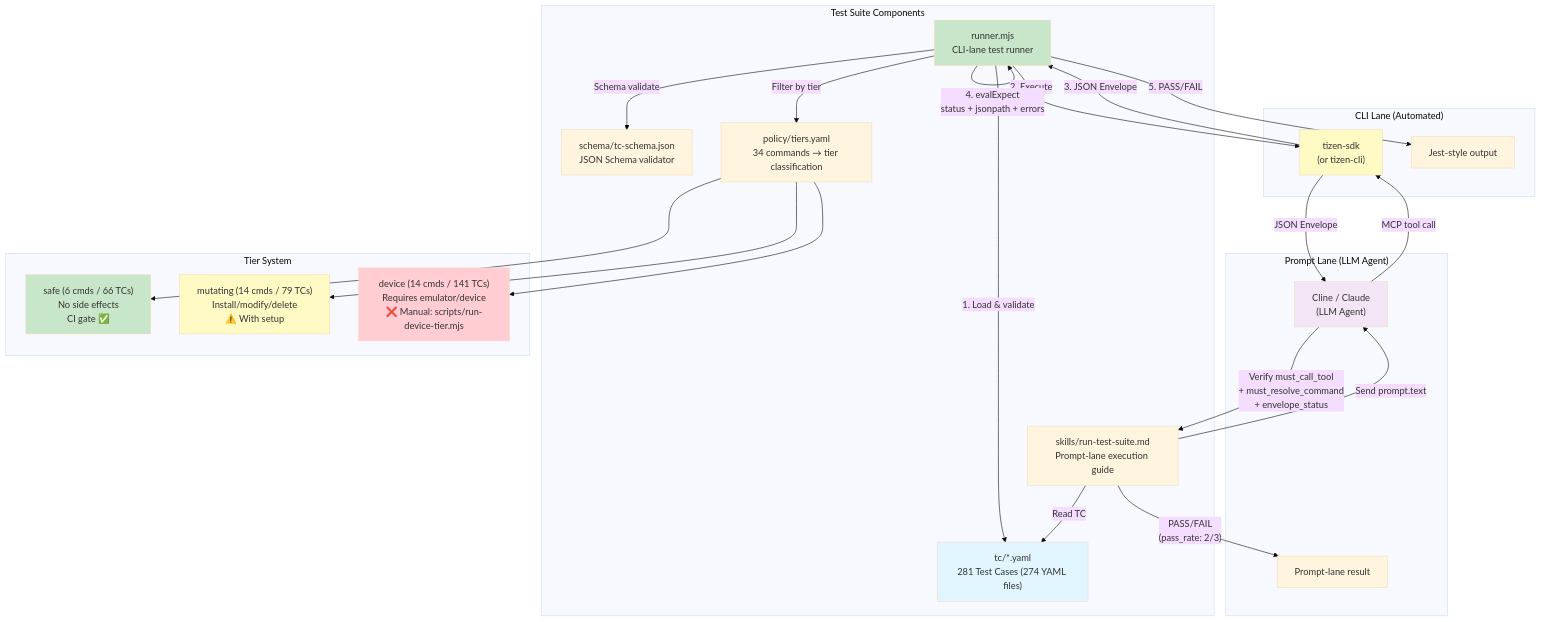
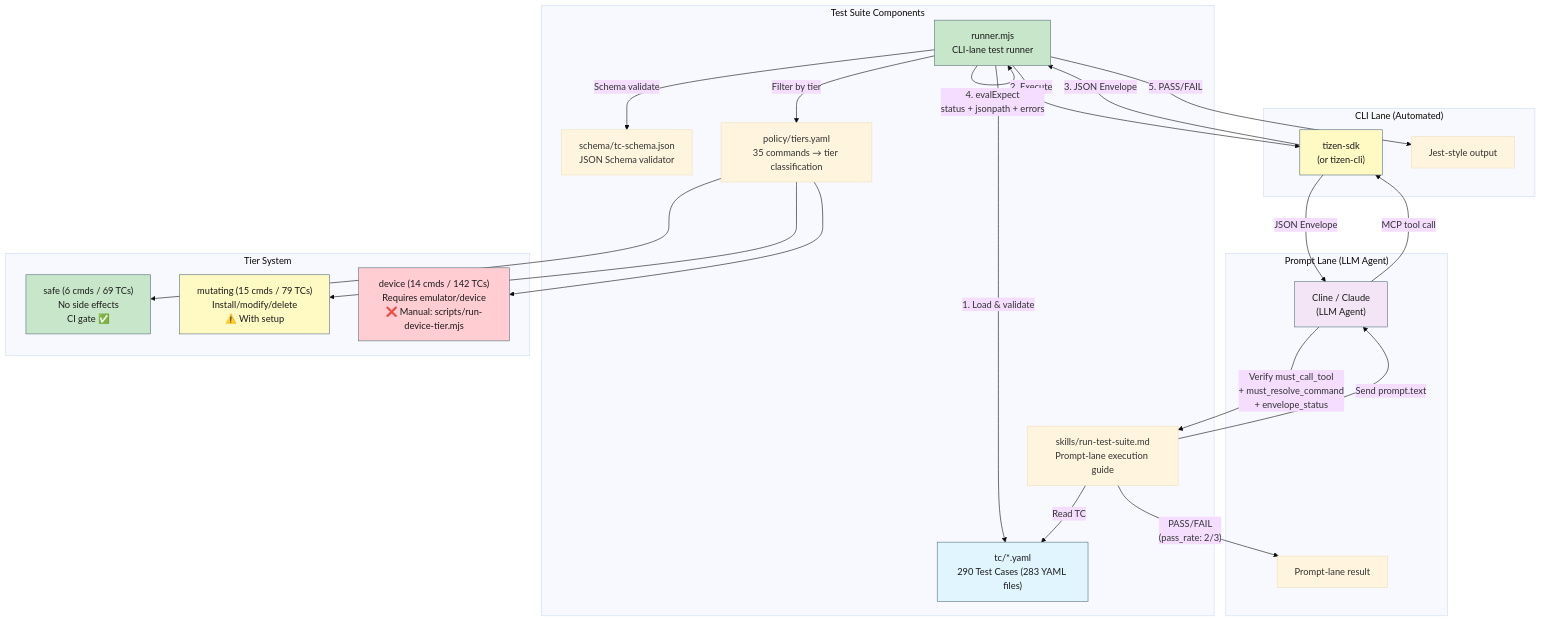
Before and after one commit to Samsung/tizen-agent-skills: the first of 4 diagrams in tizen-sdk-skills/tests/README.md, drawn with Mermaid (base theme). The commit also changed other lines of this file and 221 other files, not shown here.

````diff
--- a/tizen-sdk-skills/tests/README.md
+++ b/tizen-sdk-skills/tests/README.md
@@ -9,46 +11,46 @@
 ```mermaid
 graph TB
     subgraph "Test Suite Components"
-        TC["tc/*.yaml<br/>281 Test Cases (274 YAML files)"]
+        TC["tc/*.yaml<br/>290 Test Cases (283 YAML files)"]
         SCHEMA["schema/tc-schema.json<br/>JSON Schema validator"]
-        POLICY["policy/tiers.yaml<br/>34 commands → tier classification"]
+        POLICY["policy/tiers.yaml<br/>35 commands → tier classification"]
         RUNNER["runner.mjs<br/>CLI-lane test runner"]
         SKILLS["skills/run-test-suite.md<br/>Prompt-lane execution guide"]
     end
 
     subgraph "CLI Lane (Automated)"
         RUNNER -->|"1. Load & validate"| TC
         RUNNER -->|"Schema validate"| SCHEMA
         RUNNER -->|"Filter by tier"| POLICY
         RUNNER -->|"2. Execute"| PLUGIN["tizen-sdk<br/>(or tizen-cli)"]
         PLUGIN -->|"3. JSON Envelope"| RUNNER
         RUNNER -->|"4. evalExpect<br/>status + jsonpath + errors"| RUNNER
         RUNNER -->|"5. PASS/FAIL"| RESULT["Jest-style output"]
     end
 
     subgraph "Prompt Lane (LLM Agent)"
         SKILLS -->|"Read TC"| TC
         SKILLS -->|"Send prompt.text"| LLM["Cline / Claude<br/>(LLM Agent)"]
         LLM -->|"MCP tool call"| PLUGIN
         PLUGIN -->|"JSON Envelope"| LLM
         LLM -->|"Verify must_call_tool<br/>+ must_resolve_command<br/>+ envelope_status"| SKILLS
         SKILLS -->|"PASS/FAIL<br/>(pass_rate: 2/3)"| RESULT2["Prompt-lane result"]
     end
 
     subgraph "Tier System"
-        SAFE["safe (6 cmds / 66 TCs)<br/>No side effects<br/>CI gate ✅"]
-        MUTATING["mutating (14 cmds / 79 TCs)<br/>Install/modify/delete<br/>⚠️ With setup"]
-        DEVICE["device (14 cmds / 141 TCs)<br/>Requires emulator/device<br/>❌ Manual: scripts/run-device-tier.mjs"]
+        SAFE["safe (6 cmds / 69 TCs)<br/>No side effects<br/>CI gate ✅"]
+        MUTATING["mutating (15 cmds / 79 TCs)<br/>Install/modify/delete<br/>⚠️ With setup"]
+        DEVICE["device (14 cmds / 142 TCs)<br/>Requires emulator/device<br/>❌ Manual: scripts/run-device-tier.mjs"]
         POLICY --> SAFE
         POLICY --> MUTATING
         POLICY --> DEVICE
     end
 
-    style TC fill:#e1f5fe
-    style RUNNER fill:#c8e6c9
-    style PLUGIN fill:#fff9c4
-    style LLM fill:#f3e5f5
-    style SAFE fill:#c8e6c9
-    style MUTATING fill:#fff9c4
-    style DEVICE fill:#ffcdd2
+    style TC fill:#e1f5fe,stroke:#546e7a,color:#1a1a1a
+    style RUNNER fill:#c8e6c9,stroke:#546e7a,color:#1a1a1a
+    style PLUGIN fill:#fff9c4,stroke:#546e7a,color:#1a1a1a
+    style LLM fill:#f3e5f5,stroke:#546e7a,color:#1a1a1a
+    style SAFE fill:#c8e6c9,stroke:#546e7a,color:#1a1a1a
+    style MUTATING fill:#fff9c4,stroke:#546e7a,color:#1a1a1a
+    style DEVICE fill:#ffcdd2,stroke:#546e7a,color:#1a1a1a
 ```
````
